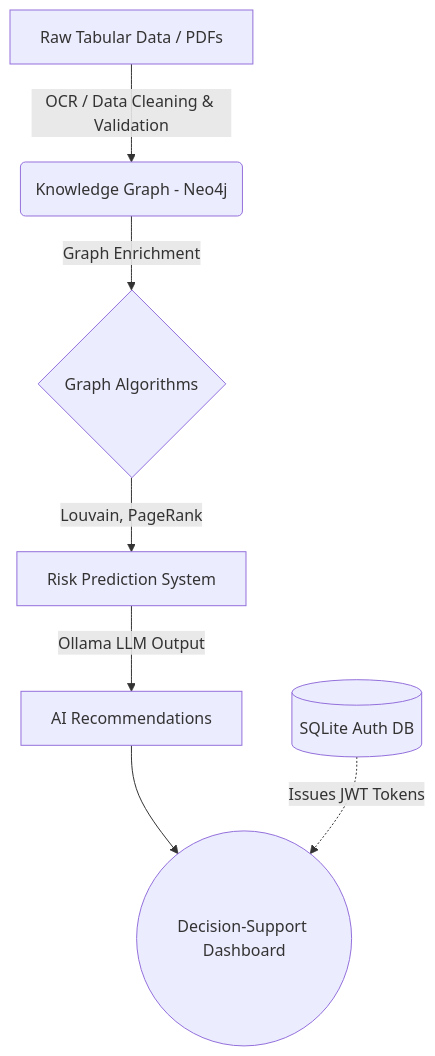
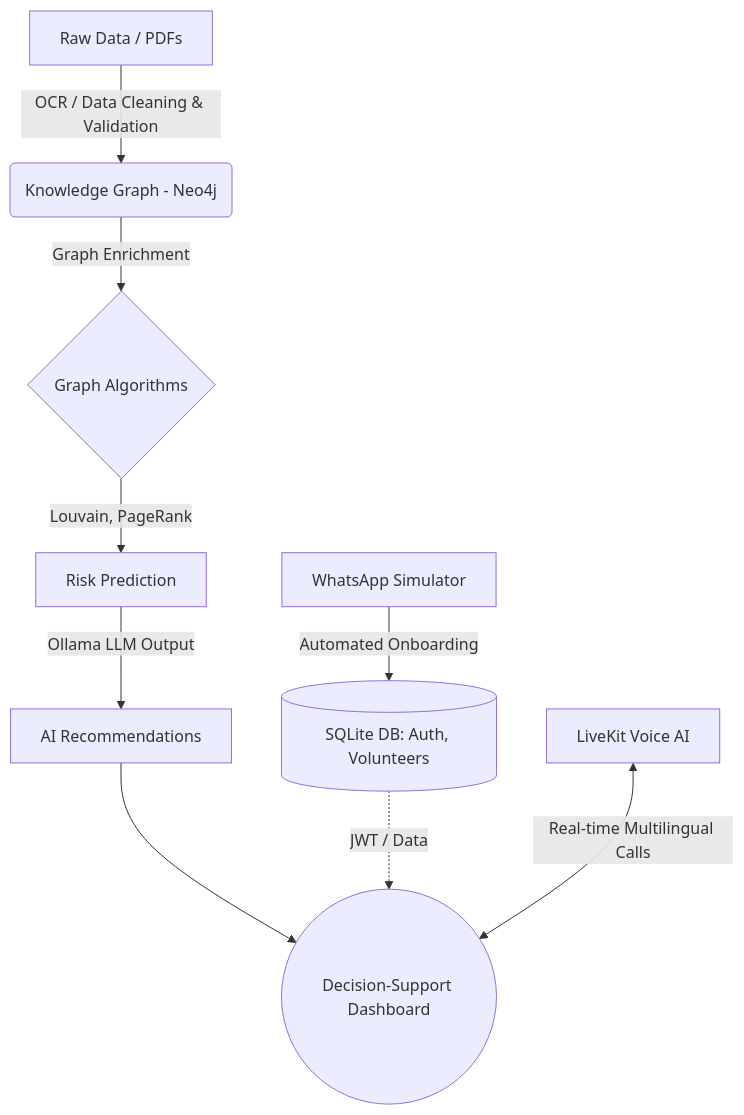
Before and after one commit to amanvaibhav162/AAkar2.0: the diagram in README.md, drawn with Mermaid. The commit also changed other lines of this file and 2 other files, not shown here.

````diff
--- a/README.md
+++ b/README.md
@@ -39,9 +42,11 @@
 ```mermaid
 graph TD
-    A[Raw Tabular Data / PDFs] -->|OCR / Data Cleaning & Validation| B(Knowledge Graph - Neo4j)
+    A[Raw Data / PDFs] -->|OCR / Data Cleaning & Validation| B(Knowledge Graph - Neo4j)
     B -->|Graph Enrichment| C{Graph Algorithms}
-    C -->|Louvain, PageRank| D[Risk Prediction System]
+    C -->|Louvain, PageRank| D[Risk Prediction]
     D -->|Ollama LLM Output| E[AI Recommendations]
     E --> F((Decision-Support Dashboard))
-    G[(SQLite Auth DB)] -.->|Issues JWT Tokens| F
+    G[(SQLite DB: Auth, Volunteers)] -.->|JWT / Data| F
+    H[WhatsApp Simulator] -->|Automated Onboarding| G
+    I[LiveKit Voice AI] <-->|Real-time Multilingual Calls| F
 ```
````
